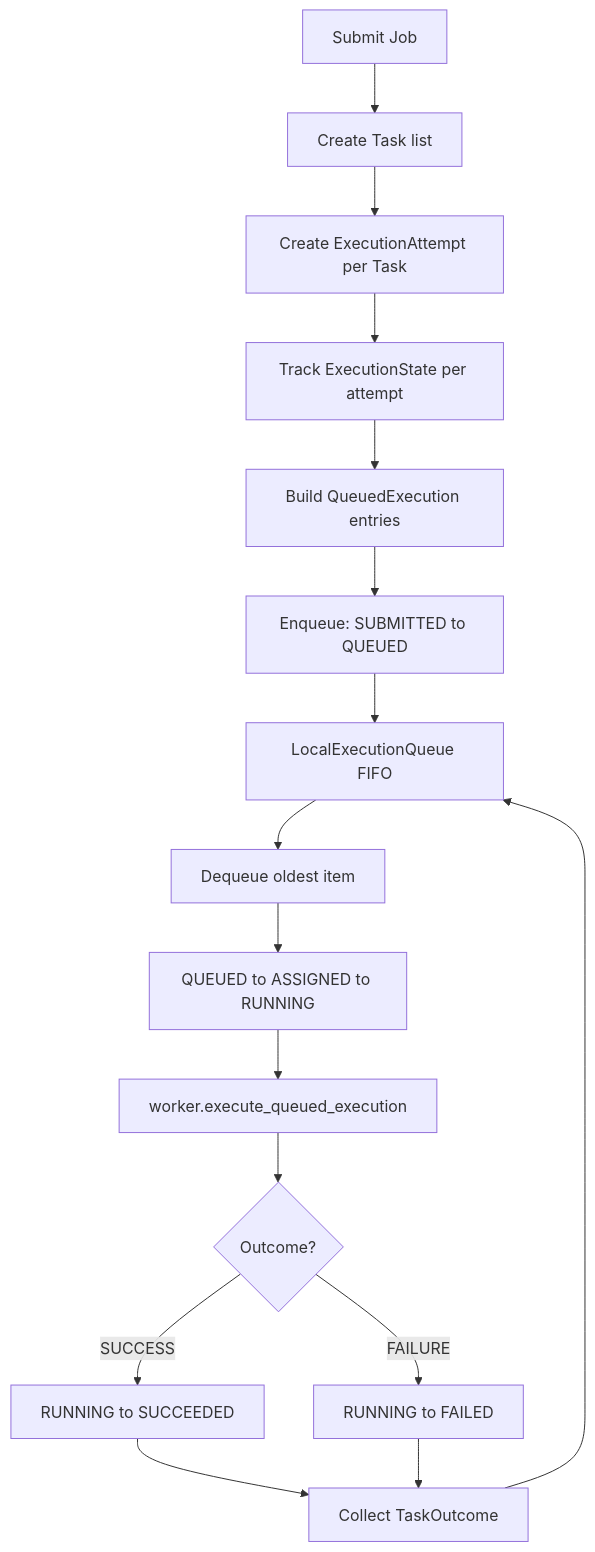
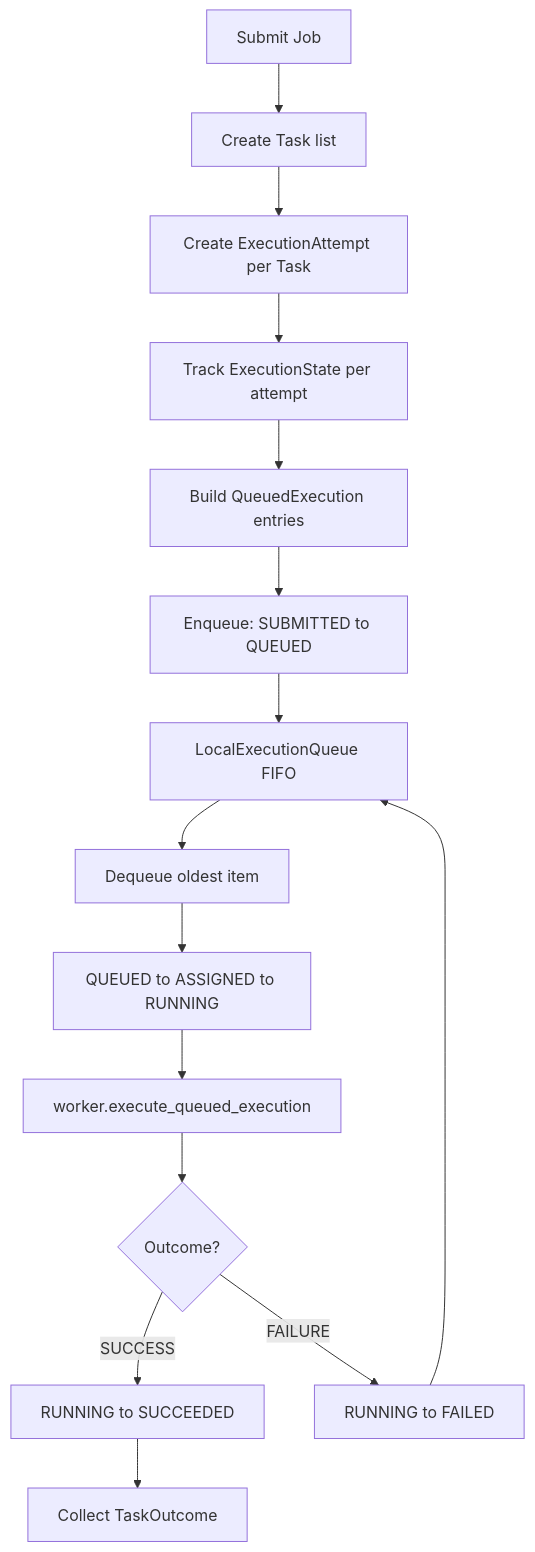
Before and after one commit to AryanArya11/eve: the diagram in README.md, drawn with Mermaid.

Commit message:
docs: fix flowchart loop to return from FAILED to queue

````diff
--- a/README.md
+++ b/README.md
@@ -40,18 +40,17 @@
 ```mermaid
 flowchart TD
     submit[Submit Job] --> tasks[Create Task list]
     tasks --> attempts[Create ExecutionAttempt per Task]
     attempts --> memory[Track ExecutionState per attempt]
     memory --> build[Build QueuedExecution entries]
     build --> enqueue["Enqueue: SUBMITTED to QUEUED"]
     enqueue --> fifo[LocalExecutionQueue FIFO]
     fifo --> dequeue[Dequeue oldest item]
     dequeue --> assign["QUEUED to ASSIGNED to RUNNING"]
     assign --> worker["worker.execute_queued_execution"]
     worker --> success{Outcome?}
     success -->|SUCCESS| succeeded[RUNNING to SUCCEEDED]
     success -->|FAILURE| failed[RUNNING to FAILED]
     succeeded --> collect[Collect TaskOutcome]
-    failed --> collect
-    collect --> fifo
+    failed --> fifo
 ```
````
